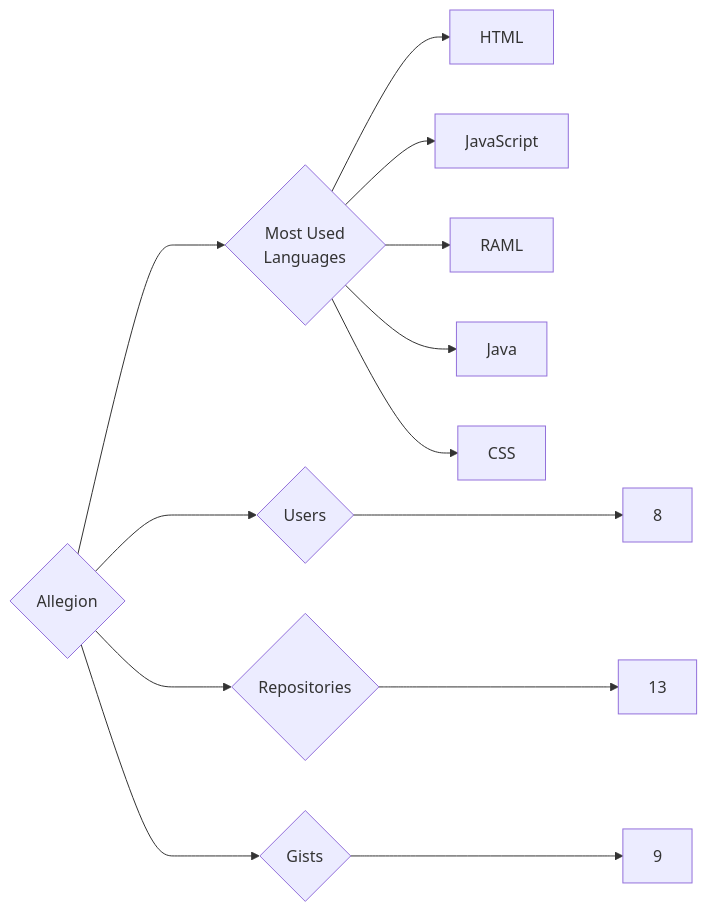
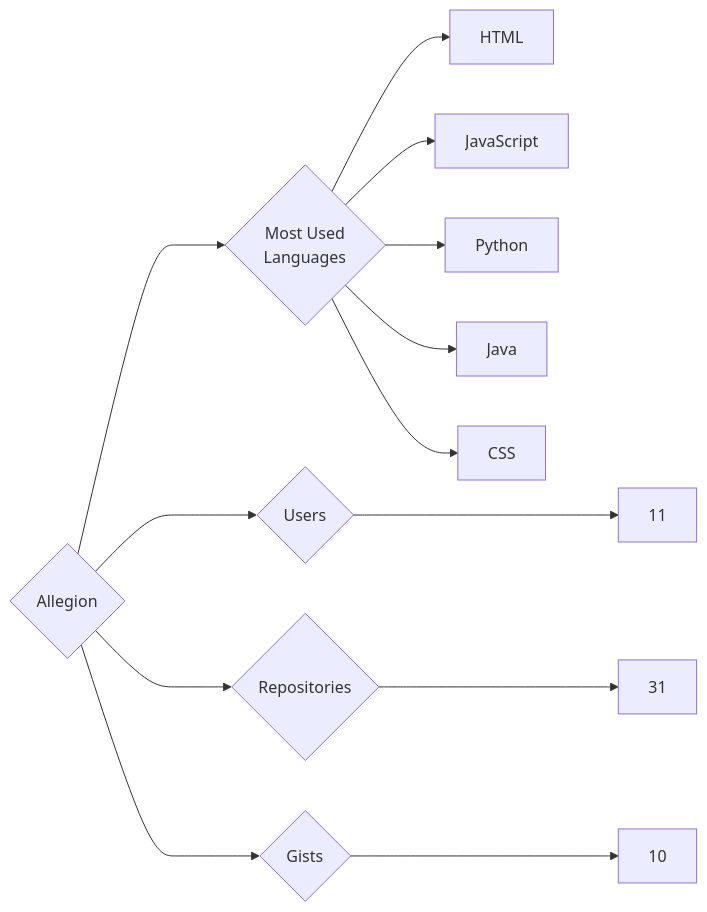
Before and after one commit to trickest/insiders: the diagram in targets/Allegion/README.md, drawn with Mermaid. The commit also changed 1195 other files, not shown here.

````diff
--- a/targets/Allegion/README.md
+++ b/targets/Allegion/README.md
@@ -3,13 +3,13 @@
 ```mermaid
 graph LR
 COMPANY_NAME{Allegion}
-COMPANY_NAME ---> U{Users} ---> UN[8]
-COMPANY_NAME ---> R{Repositories} ---> RN[13]
-COMPANY_NAME ---> G{Gists} ---> GN[9]
+COMPANY_NAME ---> U{Users} ---> UN[11]
+COMPANY_NAME ---> R{Repositories} ---> RN[31]
+COMPANY_NAME ---> G{Gists} ---> GN[10]
 COMPANY_NAME ---> ML{Most Used<br>Languages}
 ML --> HTML[HTML]
 ML --> JavaScript[JavaScript]
-ML --> RAML[RAML]
+ML --> Python[Python]
 ML --> Java[Java]
 ML --> CSS[CSS]
 ```
````
